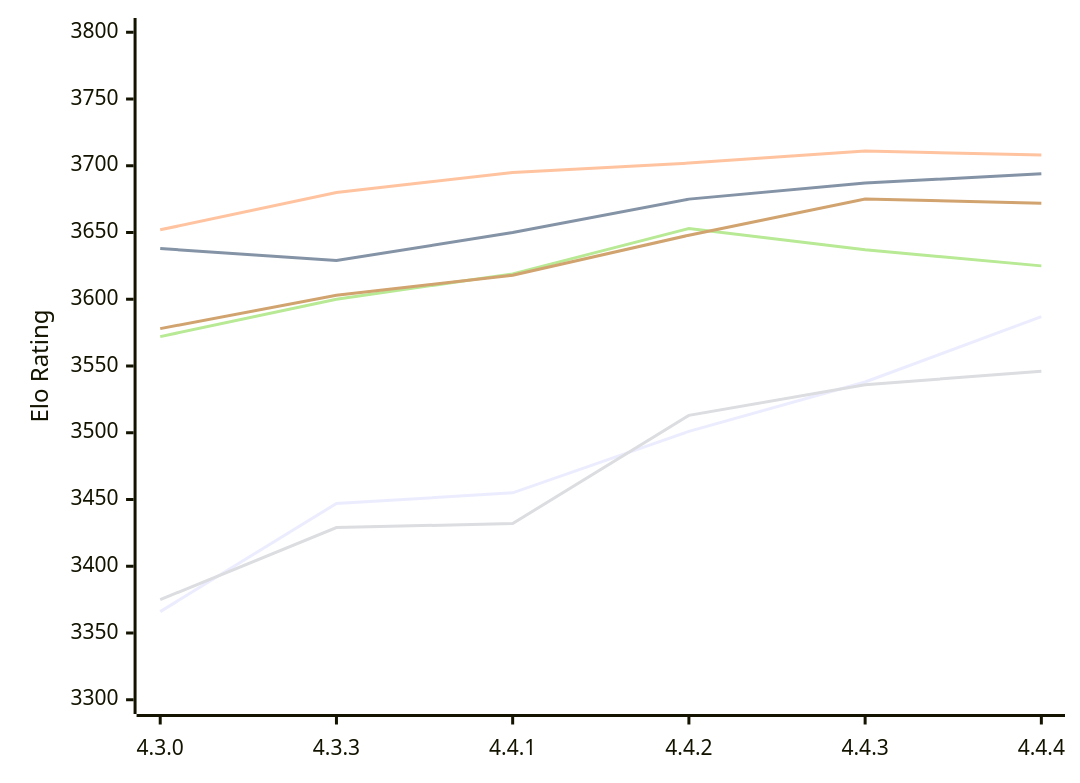
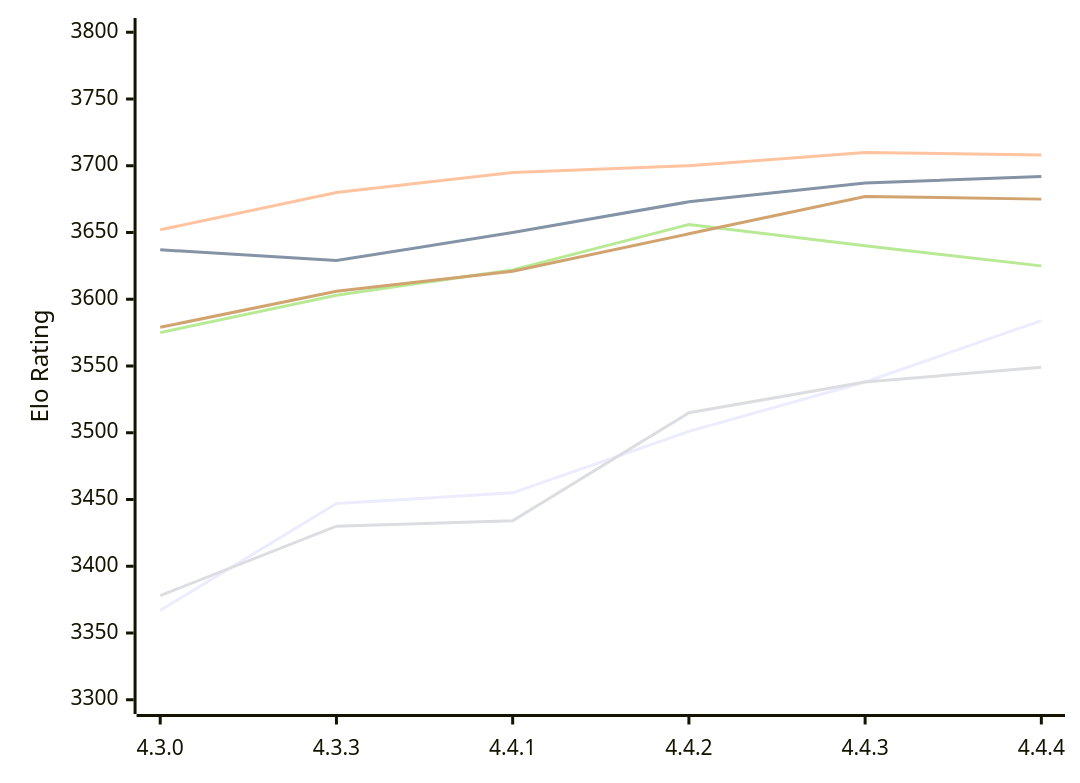
Before and after one commit to computer-chess-index/cci: the first of 2 diagrams in engines/Gaia.md, drawn with Mermaid. The commit also changed other lines of this file, not shown here.

Commit message:
Update CCI Ratings (ELO VLTC) - 2026-11-24

````diff
--- a/engines/Gaia.md
+++ b/engines/Gaia.md
@@ -63,12 +63,12 @@
 ```mermaid
 %%{init: {"theme":"base","themeVariables":{"seriesColors:['#a3a3a3','#222221','#faa371']}}}%%
 xychart-beta
   x-axis ["4.3.0", "4.3.3", "4.4.1", "4.4.2", "4.4.3", "4.4.4"]
   y-axis "Elo Rating" 3300 --> 3800
-  line "E1: STC (8.0+0.08s)" [3366, 3447, 3455, 3501, 3538, 3587]
-  line "E1: LTC (60.0+0.60s)" [3638, 3629, 3650, 3675, 3687, 3694]
-  line "E1: VLTC (2m24s+1.12s)" [3652, 3680, 3695, 3702, 3711, 3708]
-  line "P1: STC (8.0+0.08s)" [3375, 3429, 3432, 3513, 3536, 3546]
-  line "P1: LTC (60.0+0.60s)" [3572, 3600, 3619, 3653, 3637, 3625]
-  line "P1: VLTC (2m24s+1.12s)" [3578, 3603, 3618, 3648, 3675, 3672]
+  line "E1: STC (8.0+0.08s)" [3367, 3447, 3455, 3501, 3538, 3584]
+  line "E1: LTC (60.0+0.60s)" [3637, 3629, 3650, 3673, 3687, 3692]
+  line "E1: VLTC (2m24s+1.12s)" [3652, 3680, 3695, 3700, 3710, 3708]
+  line "P1: STC (8.0+0.08s)" [3378, 3430, 3434, 3515, 3538, 3549]
+  line "P1: LTC (60.0+0.60s)" [3575, 3603, 3622, 3656, 3640, 3625]
+  line "P1: VLTC (2m24s+1.12s)" [3579, 3606, 3621, 3649, 3677, 3675]
 ```
````
